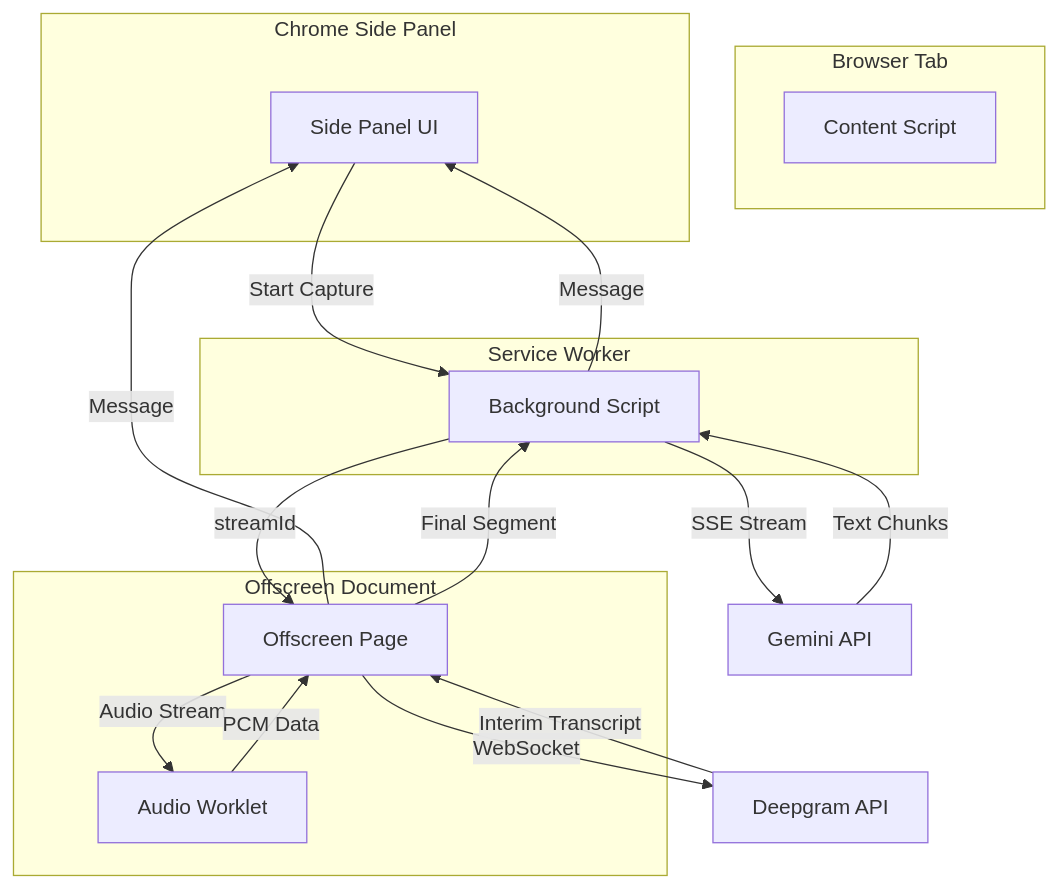
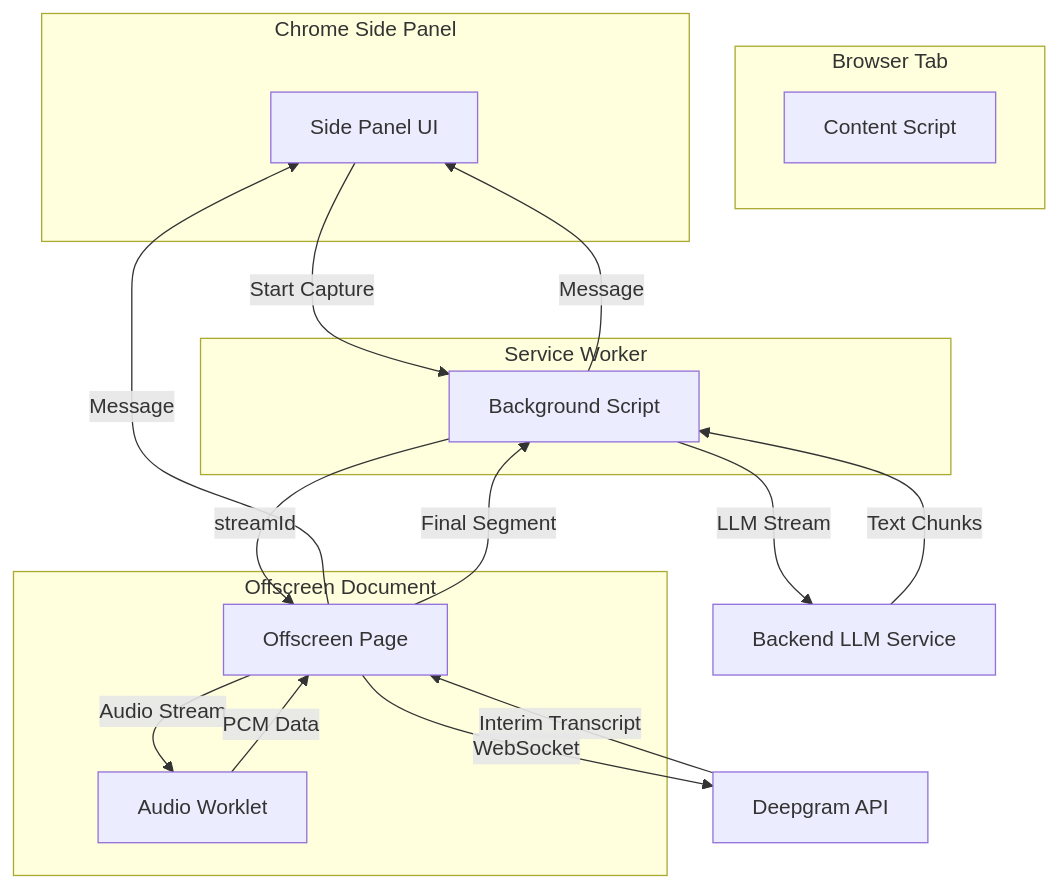
Before and after one commit to amanambak/dual-channel: the diagram in extension/ARCHITECTURE.md, drawn with Mermaid. The commit also changed other lines of this file and 18 other files, not shown here.

````diff
--- a/extension/ARCHITECTURE.md
+++ b/extension/ARCHITECTURE.md
@@ -48,31 +48,31 @@
 ```mermaid
 graph TD
     subgraph Browser Tab
         CS[Content Script]
     end
 
     subgraph Chrome Side Panel
         SP[Side Panel UI]
     end
 
     subgraph Service Worker
         BG[Background Script]
     end
 
     subgraph Offscreen Document
         OD[Offscreen Page]
         AW[Audio Worklet]
     end
 
     SP -->|Start Capture| BG
     BG -->|streamId| OD
     OD -->|Audio Stream| AW
     AW -->|PCM Data| OD
     OD -->|WebSocket| DG[Deepgram API]
     DG -->|Interim Transcript| OD
     OD -->|Message| SP
     OD -->|Final Segment| BG
-    BG -->|SSE Stream| GA[Gemini API]
-    GA -->|Text Chunks| BG
+    BG -->|LLM Stream| LS[Backend LLM Service]
+    LS -->|Text Chunks| BG
     BG -->|Message| SP
 ```
````
